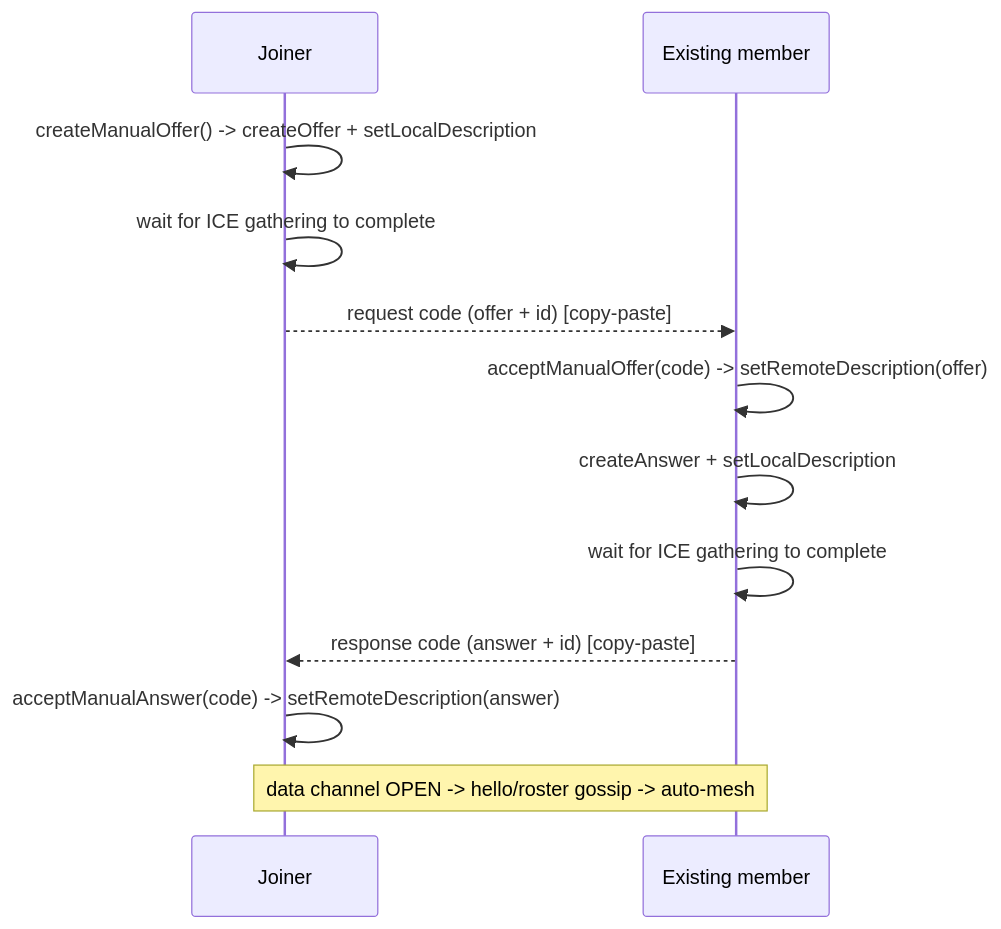
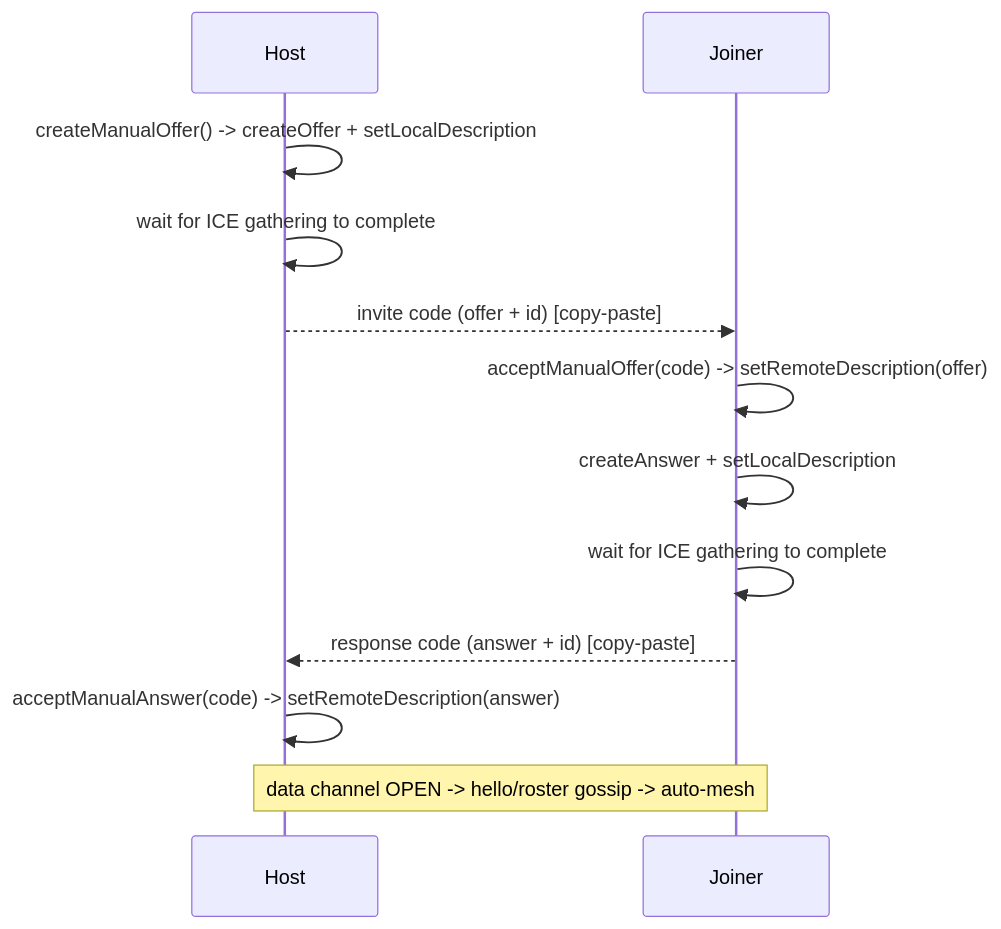
The second of 4 diagrams in docs/webrtc.md (Pedjon/planning-poker), drawn with Mermaid before and after one commit. The commit also changed other lines of this file and 7 other files, not shown here.

Commit message:
feat: inverts so the host to generate the invite link

````diff
--- a/docs/webrtc.md
+++ b/docs/webrtc.md
@@ -61,14 +61,14 @@
 ```mermaid
 sequenceDiagram
+  participant H as Host
   participant J as Joiner
-  participant H as Existing member
-  J->>J: createManualOffer() -> createOffer + setLocalDescription
+  H->>H: createManualOffer() -> createOffer + setLocalDescription
+  H->>H: wait for ICE gathering to complete
+  H-->>J: invite code (offer + id)  [copy-paste]
+  J->>J: acceptManualOffer(code) -> setRemoteDescription(offer)
+  J->>J: createAnswer + setLocalDescription
   J->>J: wait for ICE gathering to complete
-  J-->>H: request code (offer + id)  [copy-paste]
-  H->>H: acceptManualOffer(code) -> setRemoteDescription(offer)
-  H->>H: createAnswer + setLocalDescription
-  H->>H: wait for ICE gathering to complete
-  H-->>J: response code (answer + id)  [copy-paste]
-  J->>J: acceptManualAnswer(code) -> setRemoteDescription(answer)
-  Note over J,H: data channel OPEN -> hello/roster gossip -> auto-mesh
+  J-->>H: response code (answer + id)  [copy-paste]
+  H->>H: acceptManualAnswer(code) -> setRemoteDescription(answer)
+  Note over H,J: data channel OPEN -> hello/roster gossip -> auto-mesh
 ```
````
